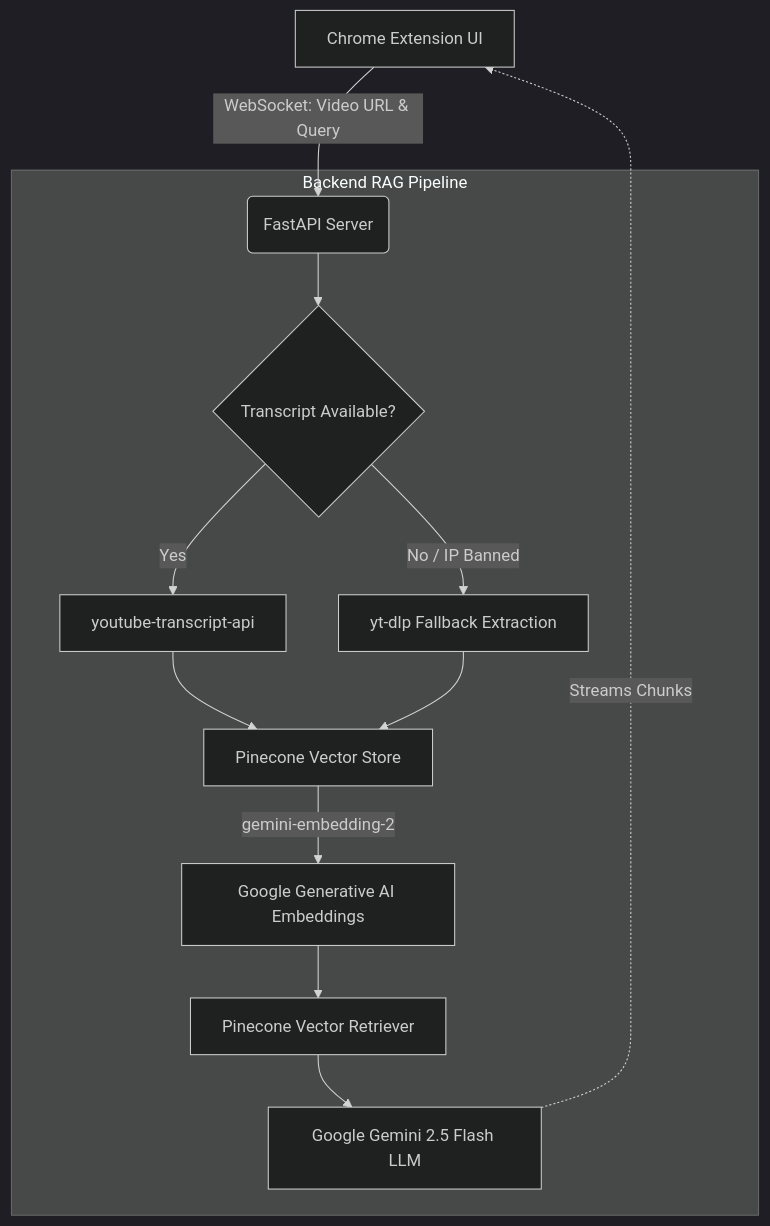
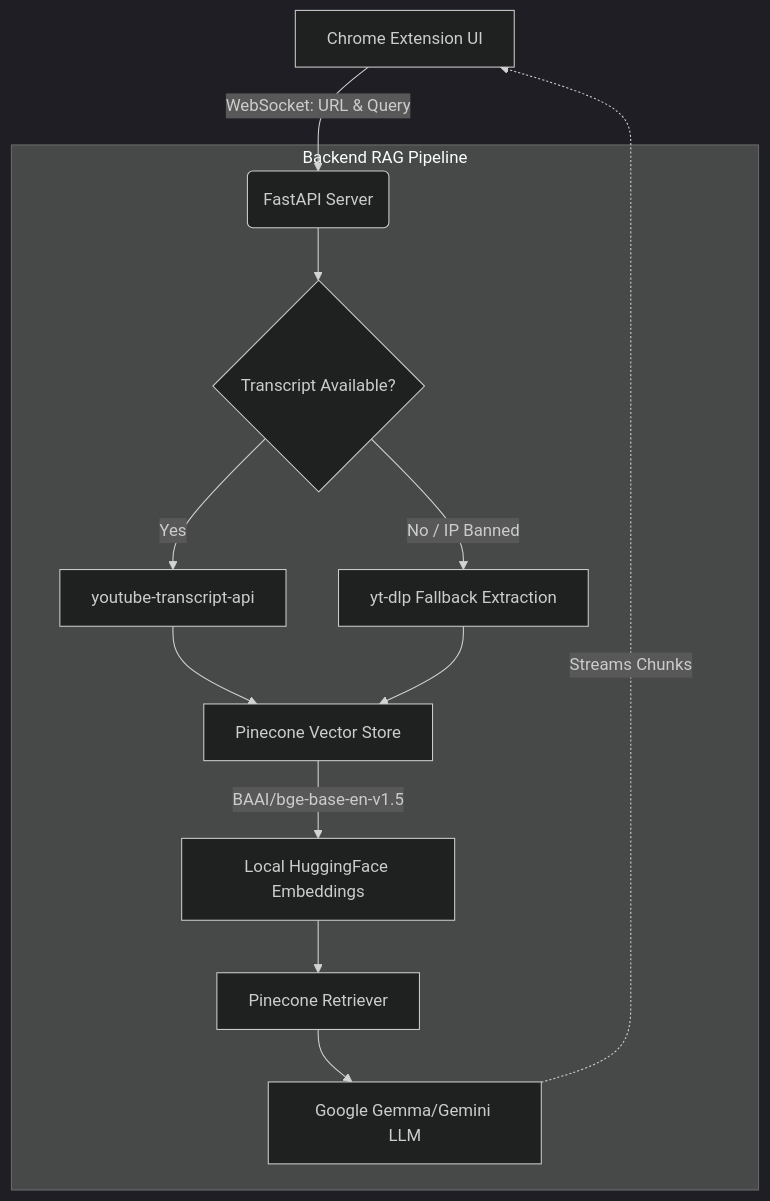
One commit to AyyanAfzal/yt_assistant_plugin changed the diagram in README.md. Above: the diagram before and after it, drawn with Mermaid (dark theme). The commit also changed other lines of this file, not shown here.

````diff
--- a/README.md
+++ b/README.md
@@ -11,20 +43,20 @@
 ```mermaid
 graph TD
-    A[Chrome Extension UI] -->|WebSocket: Video URL & Query| B(FastAPI Server)
+    A[Chrome Extension UI] -->|WebSocket: URL & Query| B(FastAPI Server)
     
-    subgraph Backend RAG Pipeline
+    subgraph "Backend RAG Pipeline"
         B --> C{Transcript Available?}
         C -->|Yes| D[youtube-transcript-api]
         C -->|No / IP Banned| E[yt-dlp Fallback Extraction]
         
         D --> F[Pinecone Vector Store]
         E --> F
         
-        F -->|gemini-embedding-2| G[Google Generative AI Embeddings]
-        G --> H[Pinecone Vector Retriever]
+        F -->|BAAI/bge-base-en-v1.5| G[Local HuggingFace Embeddings]
+        G --> H[Pinecone Retriever]
         
-        H --> J[Google Gemini 2.5 Flash LLM]
+        H --> J[Google Gemma/Gemini LLM]
     end
     
     J -.->|Streams Chunks| A
 ```
````
